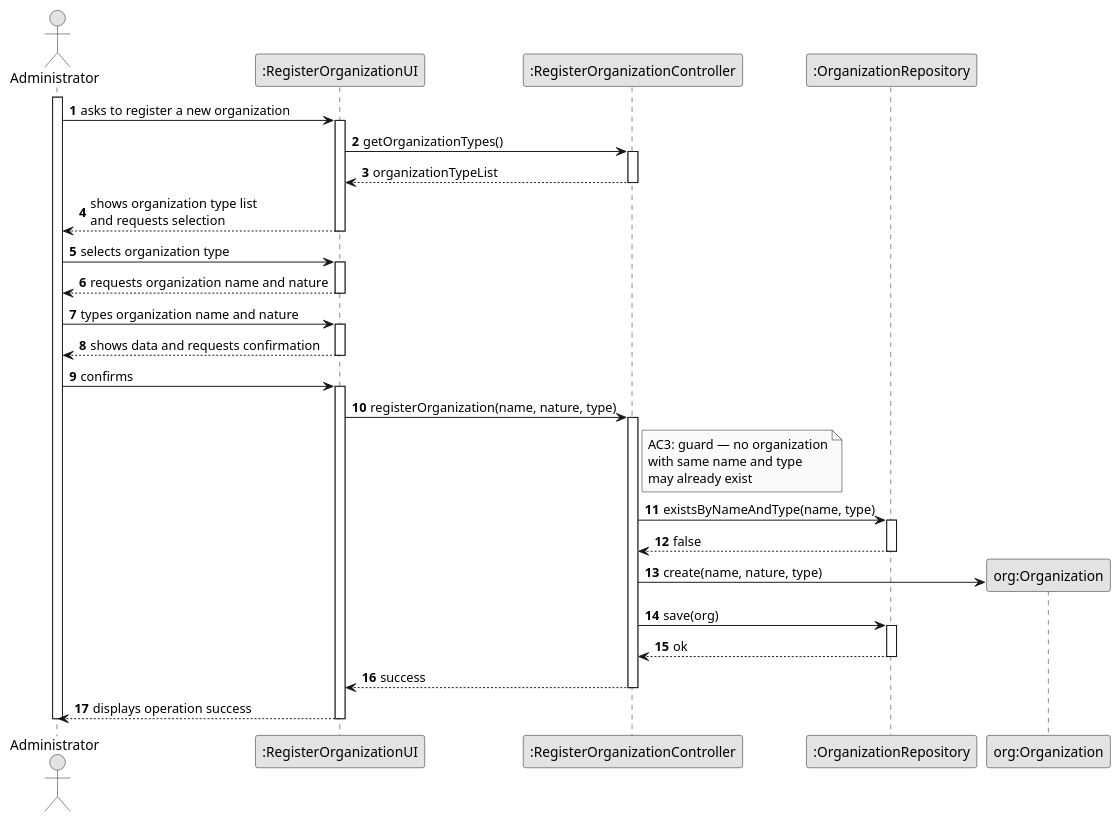
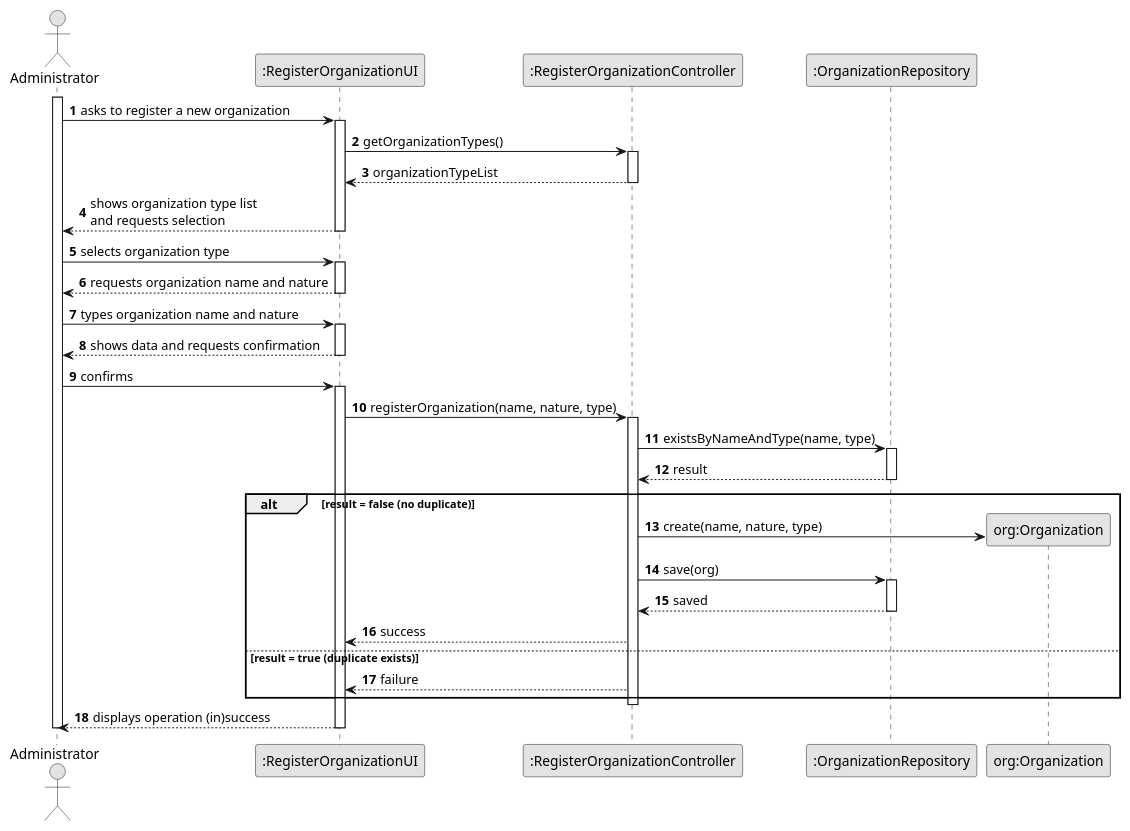
One commit to brunodspinto/crystal-clear-platform changed the diagram in docs/system-documentation/US04/03.design/puml/US04-SD.puml. Above: the diagram before and after it, drawn with PlantUML. The commit also changed 8 other files, not shown here.

Commit message:
US04 docs: add 'nature' field, duplicate-check and put svg's #5

```diff
--- a/docs/system-documentation/US04/03.design/puml/US04-SD.puml
+++ b/docs/system-documentation/US04/03.design/puml/US04-SD.puml
@@ -1,69 +1,71 @@
 @startuml US04-SD
 skinparam monochrome true
 skinparam packageStyle rectangle
 skinparam shadowing false
 
 autonumber
 
 actor "Administrator" as Admin
 participant ":RegisterOrganizationUI" as UI
 participant ":RegisterOrganizationController" as CTRL
 participant ":OrganizationRepository" as REPO
 participant "org:Organization" as ORG
 
 activate Admin
 
     Admin -> UI : asks to register a new organization
     activate UI
 
         UI -> CTRL : getOrganizationTypes()
         activate CTRL
             CTRL --> UI : organizationTypeList
         deactivate CTRL
 
         UI --> Admin : shows organization type list\nand requests selection
     deactivate UI
 
     Admin -> UI : selects organization type
     activate UI
         UI --> Admin : requests organization name and nature
     deactivate UI
 
     Admin -> UI : types organization name and nature
     activate UI
         UI --> Admin : shows data and requests confirmation
     deactivate UI
 
     Admin -> UI : confirms
     activate UI
 
         UI -> CTRL : registerOrganization(name, nature, type)
         activate CTRL
 
-            note right of CTRL
-                AC3: guard — no organization
-                with same name and type
-                may already exist
-            end note
-
             CTRL -> REPO : existsByNameAndType(name, type)
             activate REPO
-                REPO --> CTRL : false
+                REPO --> CTRL : result
             deactivate REPO
 
-            CTRL -> ORG ** : create(name, nature, type)
+            alt result = false (no duplicate)
 
-            CTRL -> REPO : save(org)
-            activate REPO
-                REPO --> CTRL : ok
-            deactivate REPO
+                CTRL -> ORG ** : create(name, nature, type)
 
-            CTRL --> UI : success
+                CTRL -> REPO : save(org)
+                activate REPO
+                    REPO --> CTRL : saved
+                deactivate REPO
+
+                CTRL --> UI : success
+
+            else result = true (duplicate exists)
+
+                CTRL --> UI : failure
+
+            end
         deactivate CTRL
 
-        UI --> Admin : displays operation success
+        UI --> Admin : displays operation (in)success
     deactivate UI
 
 deactivate Admin
 
 @enduml
```
